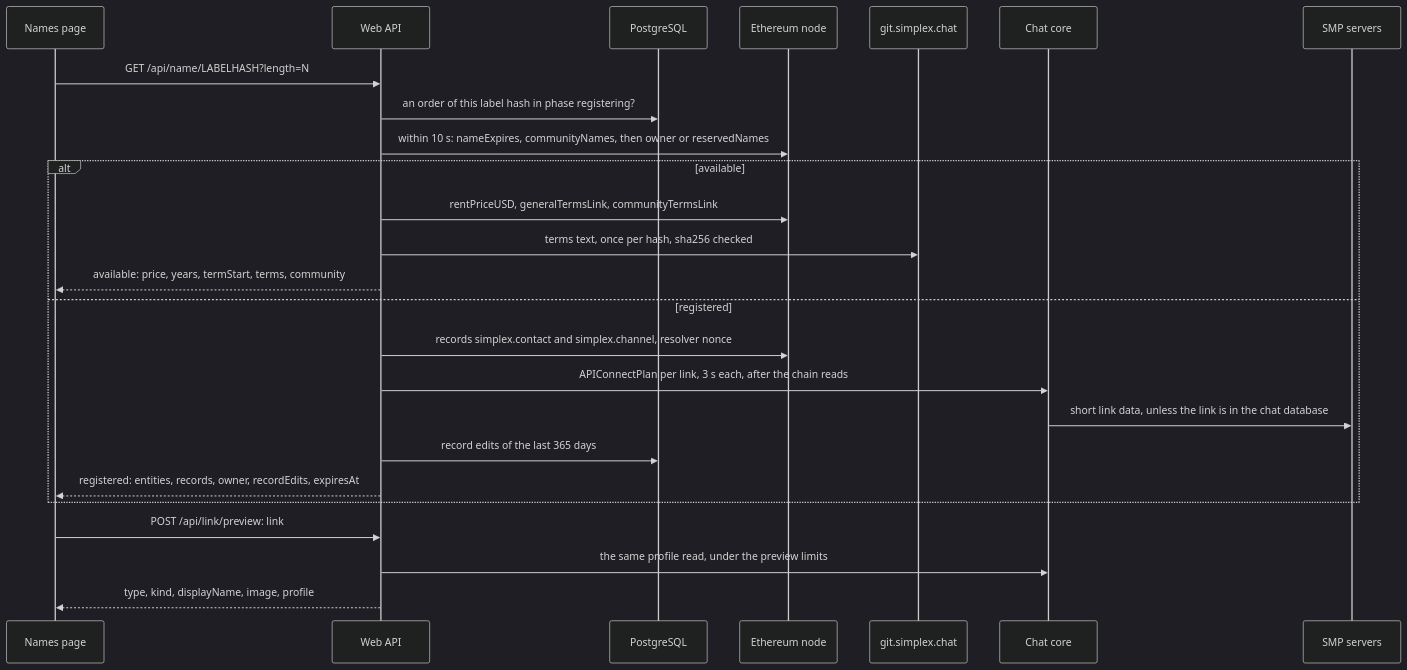
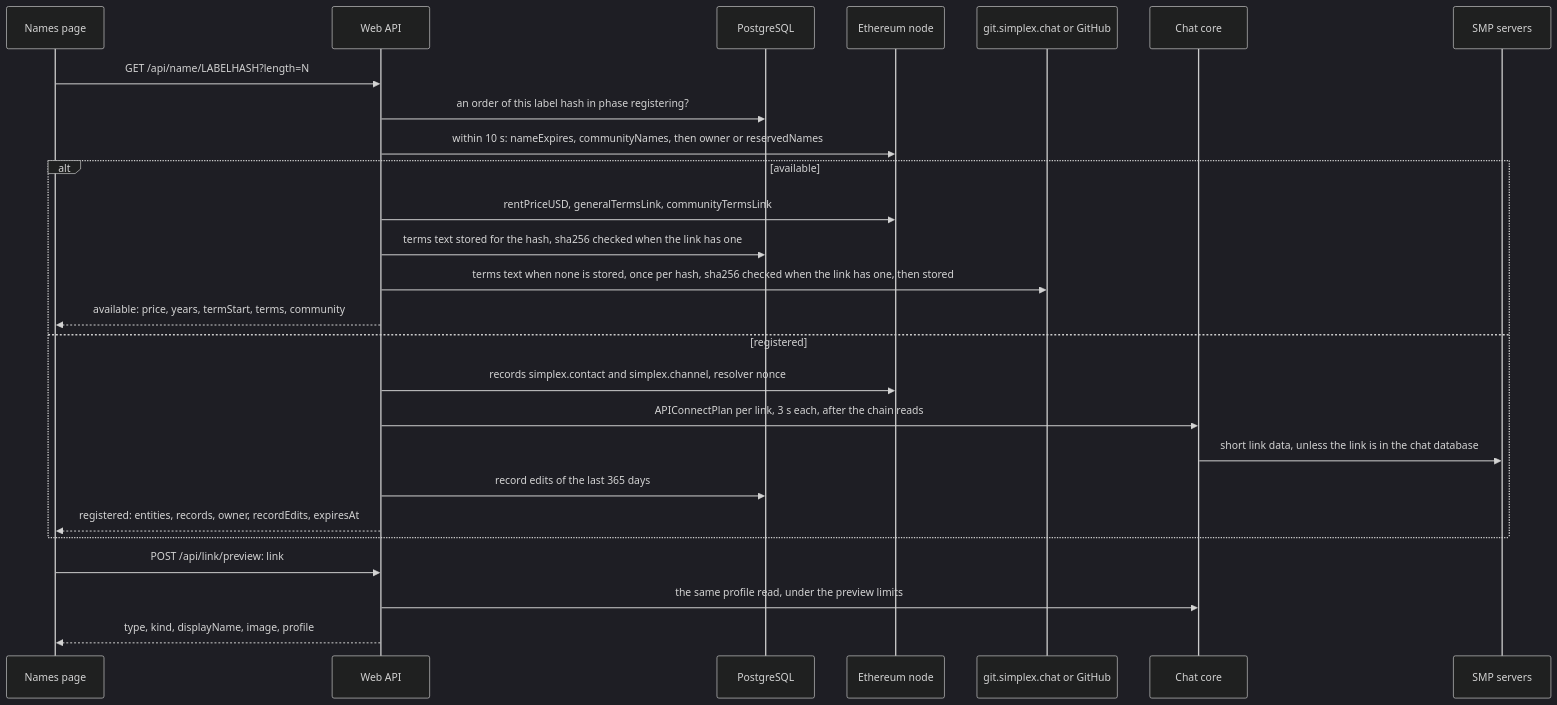
The fifth of 13 diagrams in apps/simplex-store-service/docs/names.md (simplex-chat/simplex-chat), drawn with Mermaid (dark theme) before and after one commit. The commit also changed other lines of this file and 13 other files, not shown here.

````diff
--- a/apps/simplex-store-service/docs/names.md
+++ b/apps/simplex-store-service/docs/names.md
@@ -293,27 +293,28 @@
 ```mermaid
 sequenceDiagram
   participant P as Names page
   participant W as Web API
   participant D as PostgreSQL
   participant E as Ethereum node
-  participant G as git.simplex.chat
+  participant G as git.simplex.chat or GitHub
   participant C as Chat core
   participant M as SMP servers
   P->>W: GET /api/name/LABELHASH?length=N
   W->>D: an order of this label hash in phase registering?
   W->>E: within 10 s: nameExpires, communityNames, then owner or reservedNames
   alt available
     W->>E: rentPriceUSD, generalTermsLink, communityTermsLink
-    W->>G: terms text, once per hash, sha256 checked
+    W->>D: terms text stored for the hash, sha256 checked when the link has one
+    W->>G: terms text when none is stored, once per hash, sha256 checked when the link has one, then stored
     W-->>P: available: price, years, termStart, terms, community
   else registered
     W->>E: records simplex.contact and simplex.channel, resolver nonce
     W->>C: APIConnectPlan per link, 3 s each, after the chain reads
     C->>M: short link data, unless the link is in the chat database
     W->>D: record edits of the last 365 days
     W-->>P: registered: entities, records, owner, recordEdits, expiresAt
   end
   P->>W: POST /api/link/preview: link
   W->>C: the same profile read, under the preview limits
   W-->>P: type, kind, displayName, image, profile
 ```
````
